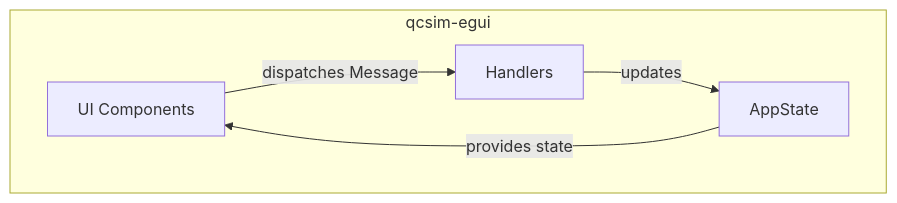
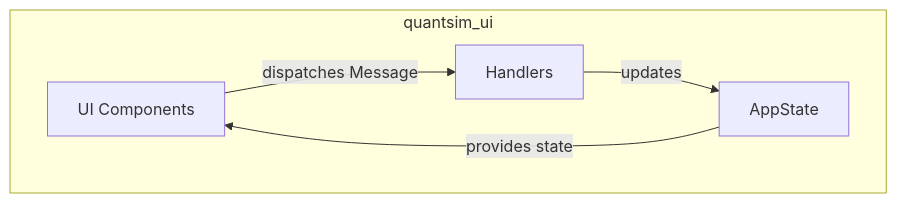
The second of 2 diagrams in README.md (benschneider/quantum_algorithm_simulator), drawn with Mermaid before and after one commit. The commit also changed other lines of this file and 4 other files, not shown here.

Commit message:
Update README and Cargo.toml files for quantsim and quantsim_core; rename references from qcsim to quantsim and add missing README files.

````diff
--- a/README.md
+++ b/README.md
@@ -128,12 +128,12 @@
 ```mermaid
 graph TD
-    subgraph "qcsim-egui"
+    subgraph "quantsim_ui"
         A[UI Components]
         B[Handlers]
         C[AppState]
     end
 
     A -- dispatches Message --> B
     B -- updates --> C
     C -- provides state --> A
 ```
````
